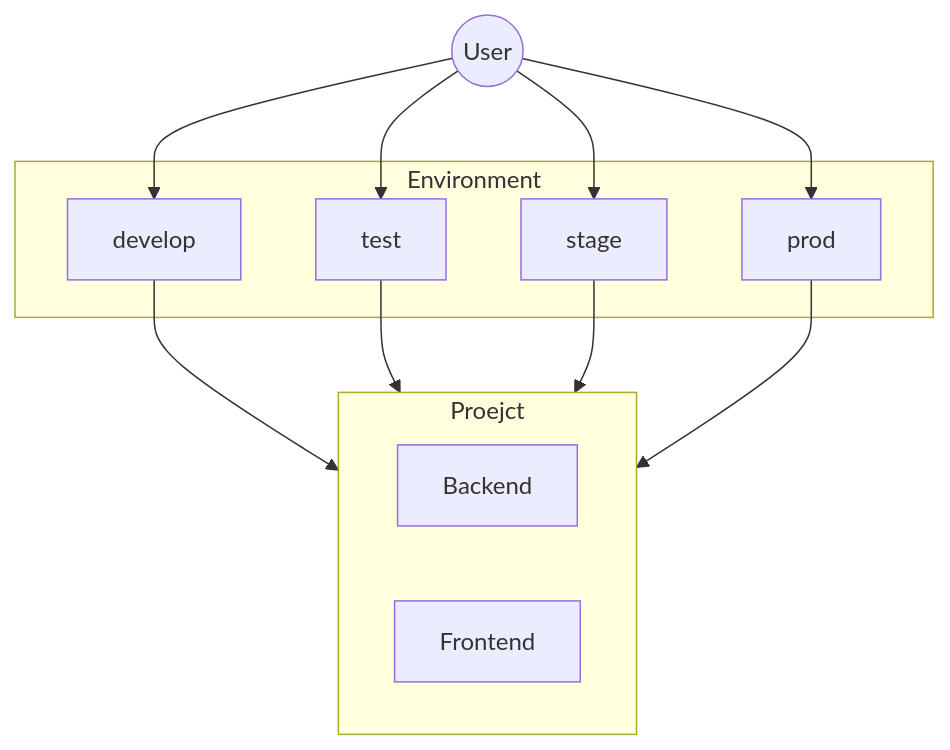
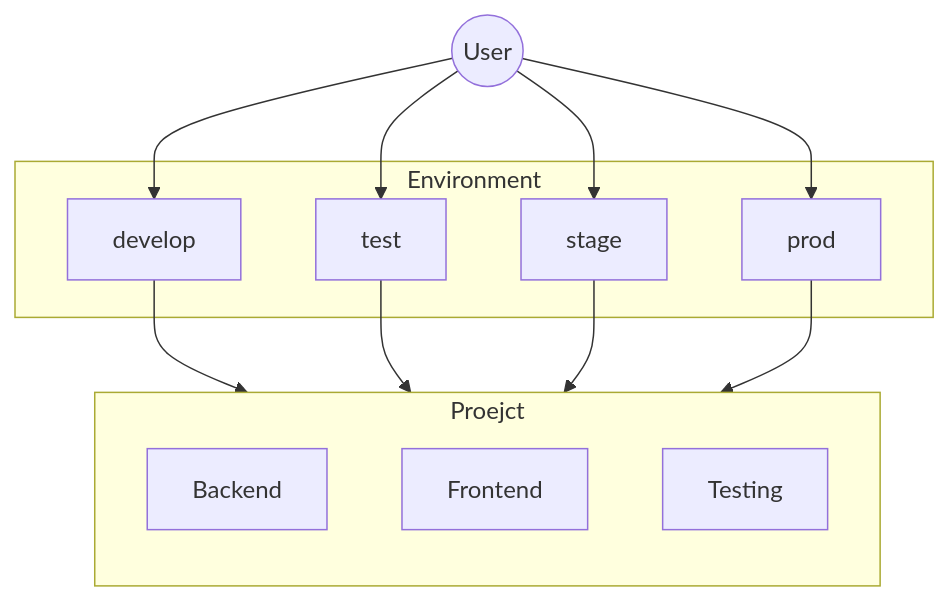
Before and after one commit to OfficialApurvChatur/POC07: the fourth of 5 diagrams in Readme.md, drawn with Mermaid. The commit also changed 3 other files, not shown here.

````diff
--- a/Readme.md
+++ b/Readme.md
@@ -66,23 +66,25 @@
 ```mermaid
   flowchart
     User(("User"))
     subgraph Environment["Environment"]
       develop["develop"]
       test["test"]
       stage["stage"]
       prod["prod"]
     end
     subgraph Project["Proejct"]
+      direction TB
       Backend["Backend"]
       Frontend["Frontend"]
+      Testing["Testing"]
     end
 
     User --> develop
       develop --> Project
     User --> test
       test --> Project
     User --> stage
       stage --> Project
     User --> prod
       prod --> Project
 ```
````
